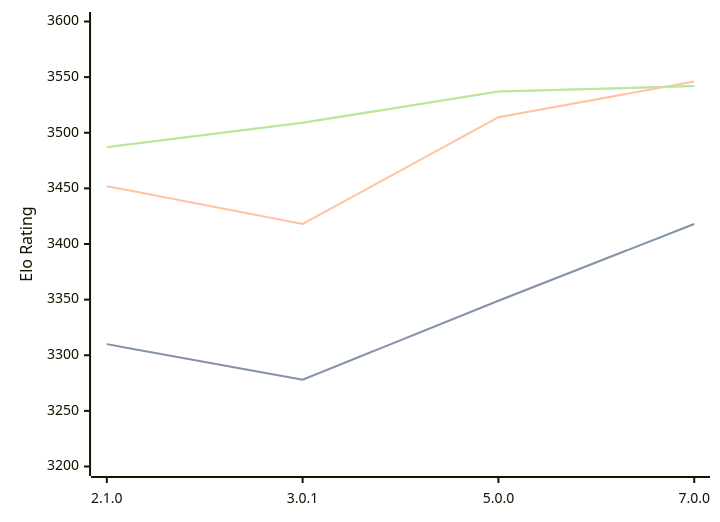
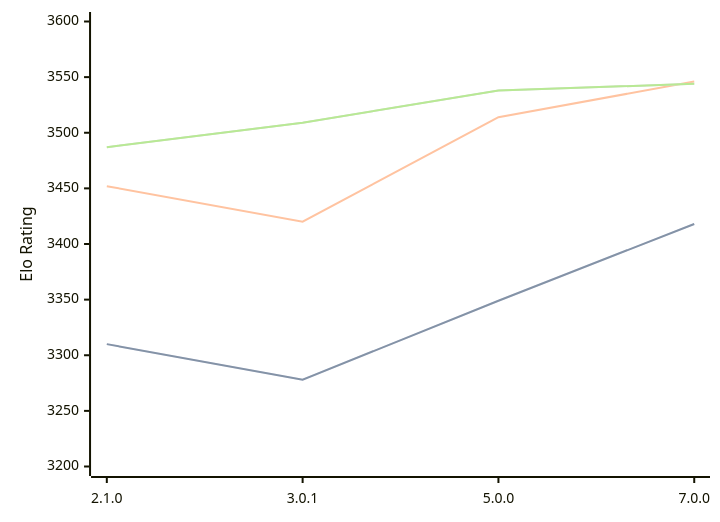
The first of 3 diagrams in engines/PlentyChess.md (computer-chess-index/cci), drawn with Mermaid before and after one commit. The commit also changed other lines of this file, not shown here.

Commit message:
Update CCI Ratings (ELO VLTC) - 2026-06-15

````diff
--- a/engines/PlentyChess.md
+++ b/engines/PlentyChess.md
@@ -45,11 +45,11 @@
 ```mermaid
 %%{init: {"theme":"base","themeVariables":{"seriesColors:['#a3a3a3','#222221','#faa371']}}}%%
 xychart-beta
   x-axis ["2.1.0", "3.0.1", "5.0.0", "7.0.0"]
   y-axis "Elo Rating" 3200 --> 3600
   line "STC (8.0+0.08s)" [3310, 3278, 3349, 3418]
   line "STC (8.0+0.08s)" [3310, 3278, 3349, 3418]
-  line "LTC (60.0+0.60s)" [3452, 3418, 3514, 3546]
-  line "VLTC (2m24s+1.12s)" [3487, 3509, 3537, 3542]
-  line "VLTC (2m24s+1.12s)" [3487, 3509, 3537, 3542]
+  line "LTC (60.0+0.60s)" [3452, 3420, 3514, 3546]
+  line "VLTC (2m24s+1.12s)" [3487, 3509, 3538, 3544]
+  line "VLTC (2m24s+1.12s)" [3487, 3509, 3538, 3544]
 ```
````
